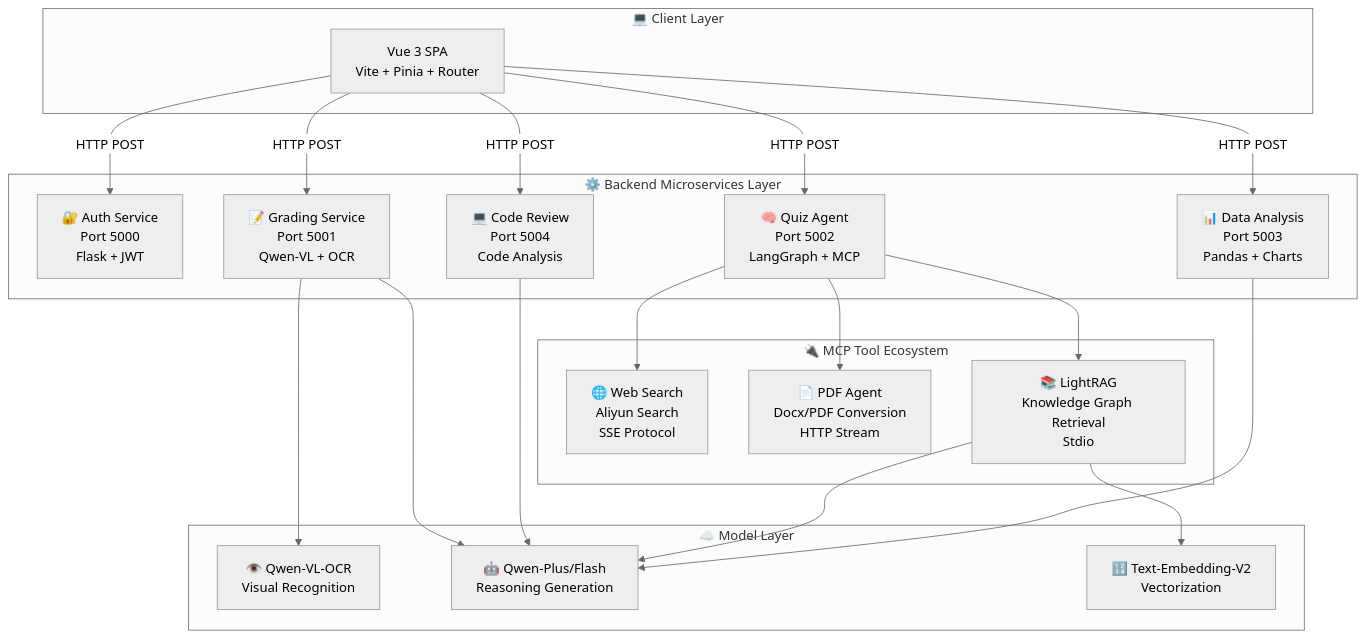
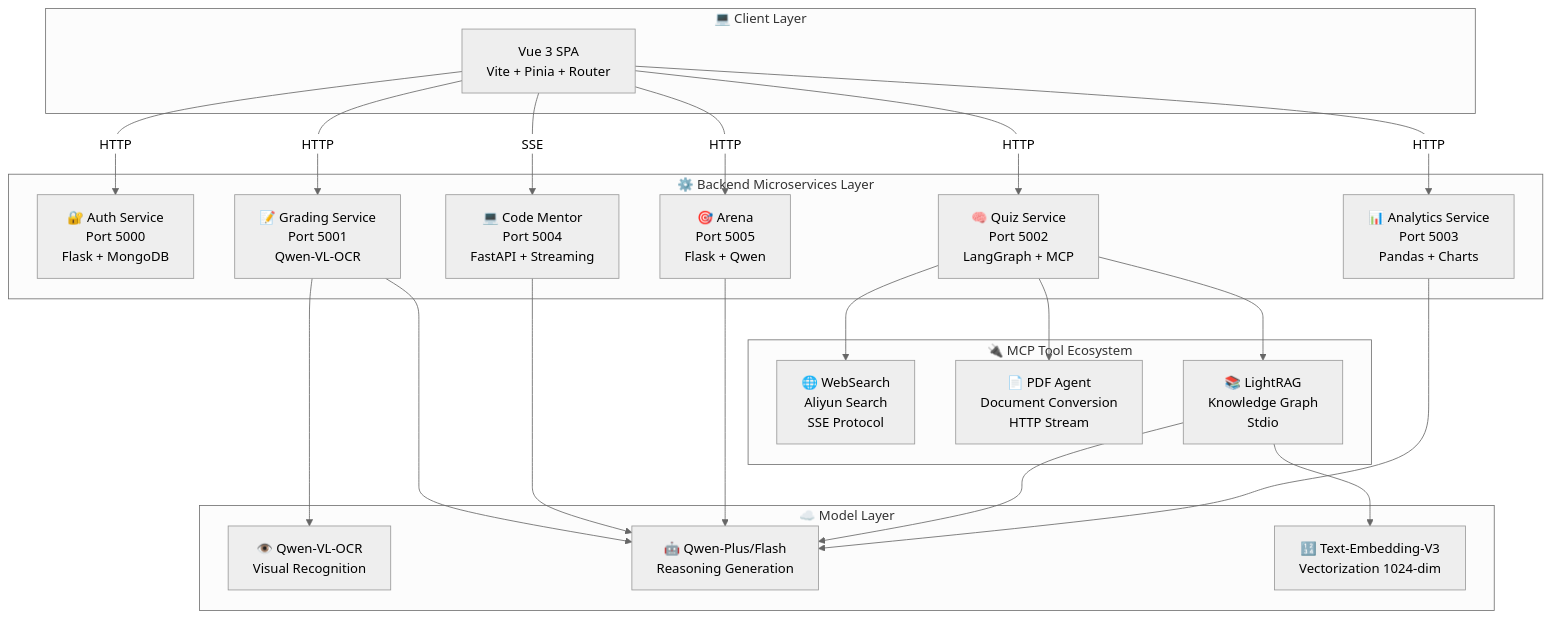
The second of 2 diagrams in README_EN.md (abaiar/Teacher_Assistant_AI), drawn with Mermaid (neutral theme) before and after one commit. The commit also changed other lines of this file and 2 other files, not shown here.

````diff
--- a/README_EN.md
+++ b/README_EN.md
@@ -300,45 +241,48 @@
 ```mermaid
 graph TD
     subgraph "💻 Client Layer"
         A[Vue 3 SPA<br/>Vite + Pinia + Router]
     end
 
     subgraph "⚙️ Backend Microservices Layer"
-        B1[🔐 Auth Service<br/>Port 5000<br/>Flask + JWT]
-        B2[📝 Grading Service<br/>Port 5001<br/>Qwen-VL + OCR]
-        B3[🧠 Quiz Agent<br/>Port 5002<br/>LangGraph + MCP]
-        B4[📊 Data Analysis<br/>Port 5003<br/>Pandas + Charts]
-        B5[💻 Code Review<br/>Port 5004<br/>Code Analysis]
+        B1[🔐 Auth Service<br/>Port 5000<br/>Flask + MongoDB]
+        B2[📝 Grading Service<br/>Port 5001<br/>Qwen-VL-OCR]
+        B3[🧠 Quiz Service<br/>Port 5002<br/>LangGraph + MCP]
+        B4[📊 Analytics Service<br/>Port 5003<br/>Pandas + Charts]
+        B5[💻 Code Mentor<br/>Port 5004<br/>FastAPI + Streaming]
+        B6[🎯 Arena<br/>Port 5005<br/>Flask + Qwen]
     end
 
     subgraph "🔌 MCP Tool Ecosystem"
-        C1[🌐 Web Search<br/>Aliyun Search<br/>SSE Protocol]
-        C2[📄 PDF Agent<br/>Docx/PDF Conversion<br/>HTTP Stream]
-        C3[📚 LightRAG<br/>Knowledge Graph Retrieval<br/>Stdio]
+        C1[🌐 WebSearch<br/>Aliyun Search<br/>SSE Protocol]
+        C2[📄 PDF Agent<br/>Document Conversion<br/>HTTP Stream]
+        C3[📚 LightRAG<br/>Knowledge Graph<br/>Stdio]
     end
 
     subgraph "☁️ Model Layer"
         D1[👁️ Qwen-VL-OCR<br/>Visual Recognition]
         D2[🤖 Qwen-Plus/Flash<br/>Reasoning Generation]
-        D3[🔢 Text-Embedding-V2<br/>Vectorization]
+        D3[🔢 Text-Embedding-V3<br/>Vectorization 1024-dim]
     end
 
-    A -->|HTTP POST| B1
-    A -->|HTTP POST| B2
-    A -->|HTTP POST| B3
-    A -->|HTTP POST| B4
-    A -->|HTTP POST| B5
+    A -->|HTTP| B1
+    A -->|HTTP| B2
+    A -->|HTTP| B3
+    A -->|HTTP| B4
+    A -->|SSE| B5
+    A -->|HTTP| B6
 
     B2 --> D1
     B2 --> D2
     B5 --> D2
+    B6 --> D2
 
     B3 --> C1
     B3 --> C2
     B3 --> C3
     
     C3 --> D3
     C3 --> D2
 
     B4 --> D2
 ```
````
